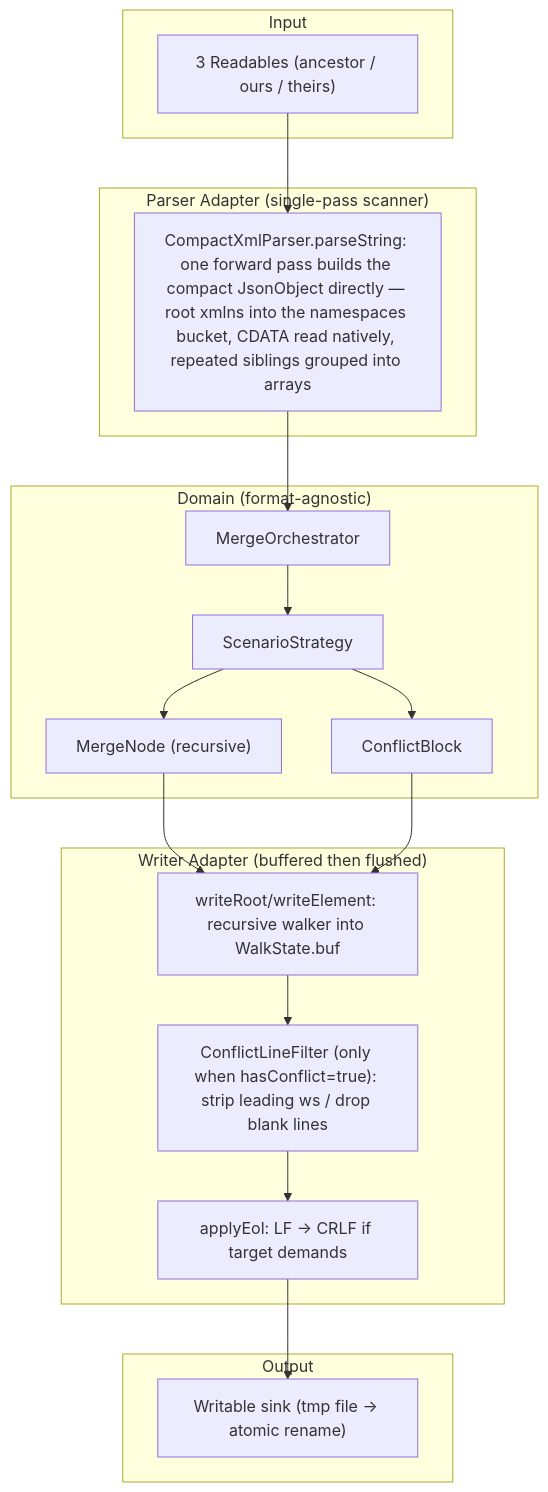
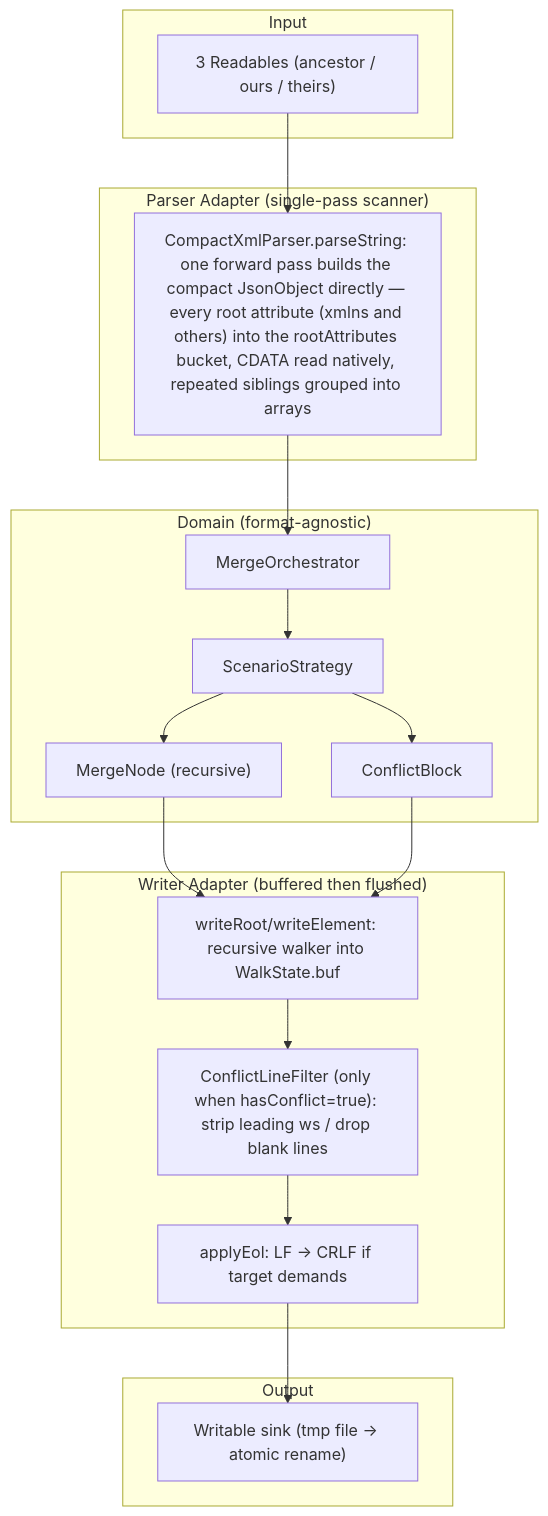
The sixth of 8 diagrams in DESIGN.md (scolladon/sf-git-merge-driver), drawn with Mermaid before and after one commit. The commit also changed other lines of this file and 94 other files, not shown here.

Commit message:
fix: keep XML attributes on their element when merging (#221)

````diff
--- a/DESIGN.md
+++ b/DESIGN.md
@@ -296,35 +298,35 @@
 ```mermaid
 flowchart TD
     subgraph Input
         XML["3 Readables (ancestor / ours / theirs)"]
     end
 
     subgraph "Parser Adapter (single-pass scanner)"
-        Parse["CompactXmlParser.parseString: one forward pass builds the compact JsonObject directly — root xmlns into the namespaces bucket, CDATA read natively, repeated siblings grouped into arrays"]
+        Parse["CompactXmlParser.parseString: one forward pass builds the compact JsonObject directly — every root attribute (xmlns and others) into the rootAttributes bucket, CDATA read natively, repeated siblings grouped into arrays"]
     end
 
     subgraph "Domain (format-agnostic)"
         Orchestrator["MergeOrchestrator"]
         Strategy["ScenarioStrategy"]
         Nodes["MergeNode (recursive)"]
         Conflict["ConflictBlock"]
     end
 
     subgraph "Writer Adapter (buffered then flushed)"
         Walk["writeRoot/writeElement: recursive walker into WalkState.buf"]
         Filter["ConflictLineFilter (only when hasConflict=true): strip leading ws / drop blank lines"]
         Eol["applyEol: LF → CRLF if target demands"]
     end
 
     subgraph Output
         Result["Writable sink (tmp file → atomic rename)"]
     end
 
     XML --> Parse --> Orchestrator
     Orchestrator --> Strategy
     Strategy --> Nodes
     Strategy --> Conflict
     Nodes --> Walk
     Conflict --> Walk
     Walk --> Filter --> Eol --> Result
 ```
````
